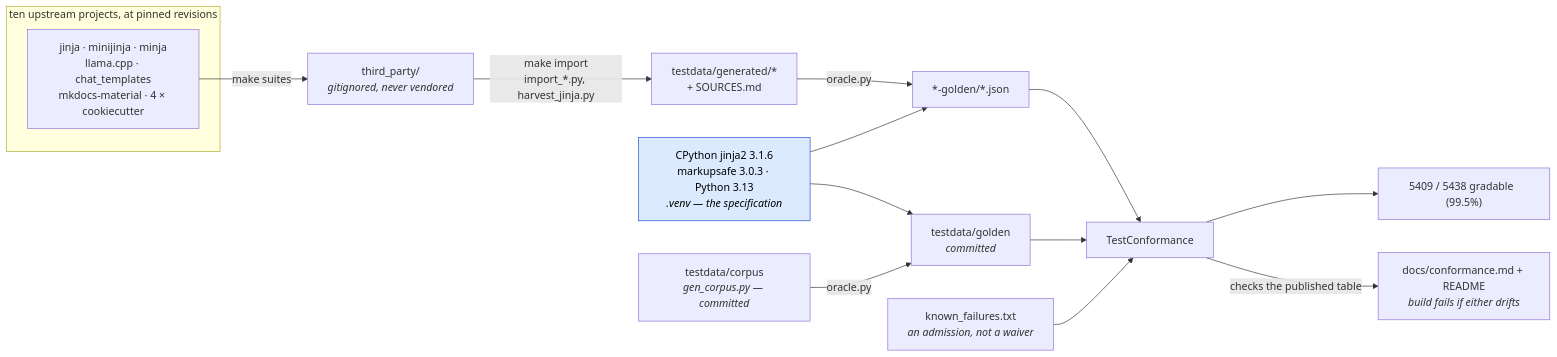
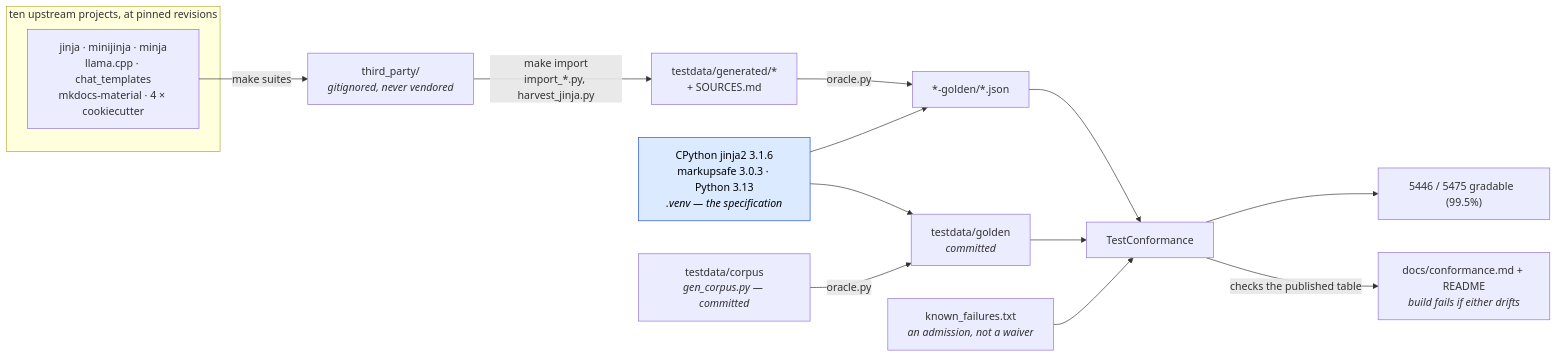
The first of 2 diagrams in docs/conformance.md (mgilbir/gojja2), drawn with Mermaid before and after one commit. The commit also changed other lines of this file and 129 other files, not shown here.

````diff
--- a/docs/conformance.md
+++ b/docs/conformance.md
@@ -17,24 +17,24 @@
 ```mermaid
 flowchart LR
     subgraph up["ten upstream projects, at pinned revisions"]
         U1["jinja · minijinja · minja<br/>llama.cpp · chat_templates<br/>mkdocs-material · 4 × cookiecutter"]
     end
     U1 -->|"make suites"| TP["third_party/<br/><i>gitignored, never vendored</i>"]
     TP -->|"make import<br/>import_*.py, harvest_jinja.py"| GEN["testdata/generated/*<br/>+ SOURCES.md"]
 
     ORA["CPython jinja2 3.1.6<br/>markupsafe 3.0.3 · Python 3.13<br/><i>.venv — the specification</i>"]
     GEN -->|"oracle.py"| G2["*-golden/*.json"]
     ORA --> G2
 
     OWN["testdata/corpus<br/><i>gen_corpus.py — committed</i>"] -->|"oracle.py"| G1["testdata/golden<br/><i>committed</i>"]
     ORA --> G1
 
     G1 --> TC["TestConformance"]
     G2 --> TC
     KF["known_failures.txt<br/><i>an admission, not a waiver</i>"] --> TC
-    TC --> RATE["5409 / 5438 gradable  (99.5%)"]
+    TC --> RATE["5446 / 5475 gradable  (99.5%)"]
     TC -->|"checks the published table"| RM["docs/conformance.md + README<br/><i>build fails if either drifts</i>"]
 
     classDef spec fill:#dbeafe,stroke:#1d4ed8,color:#000
     class ORA spec
 ```
````
